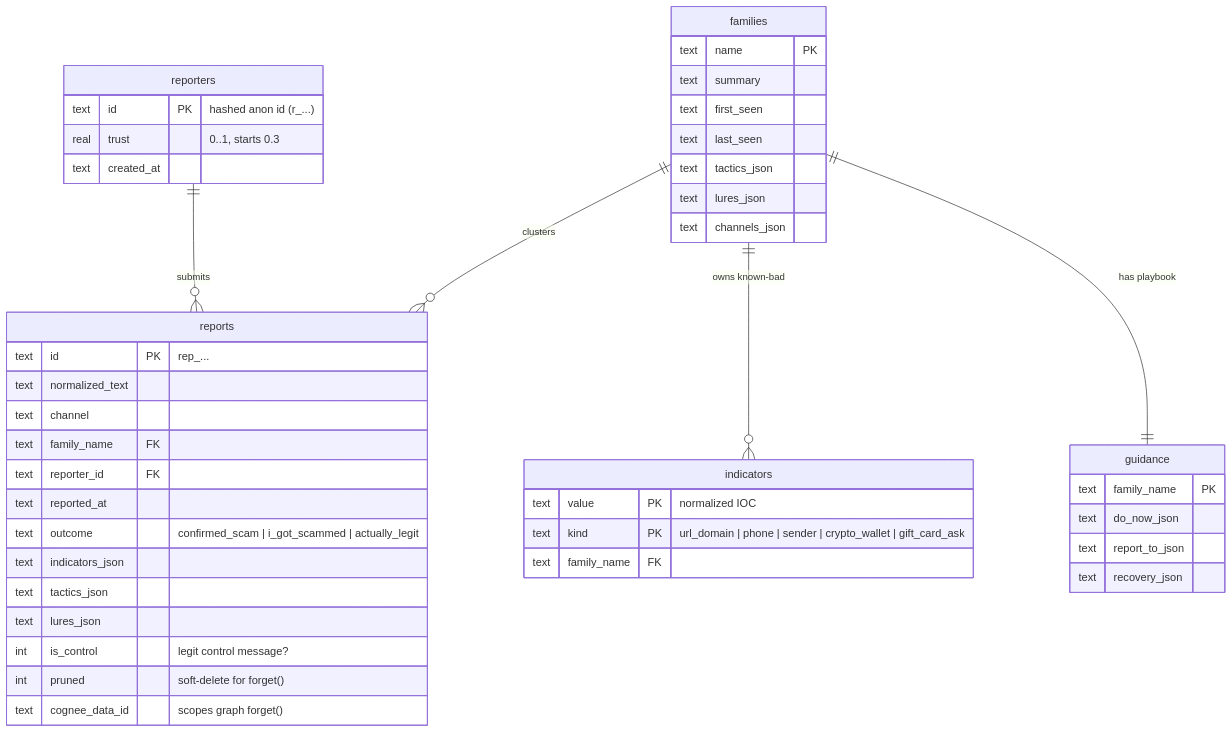
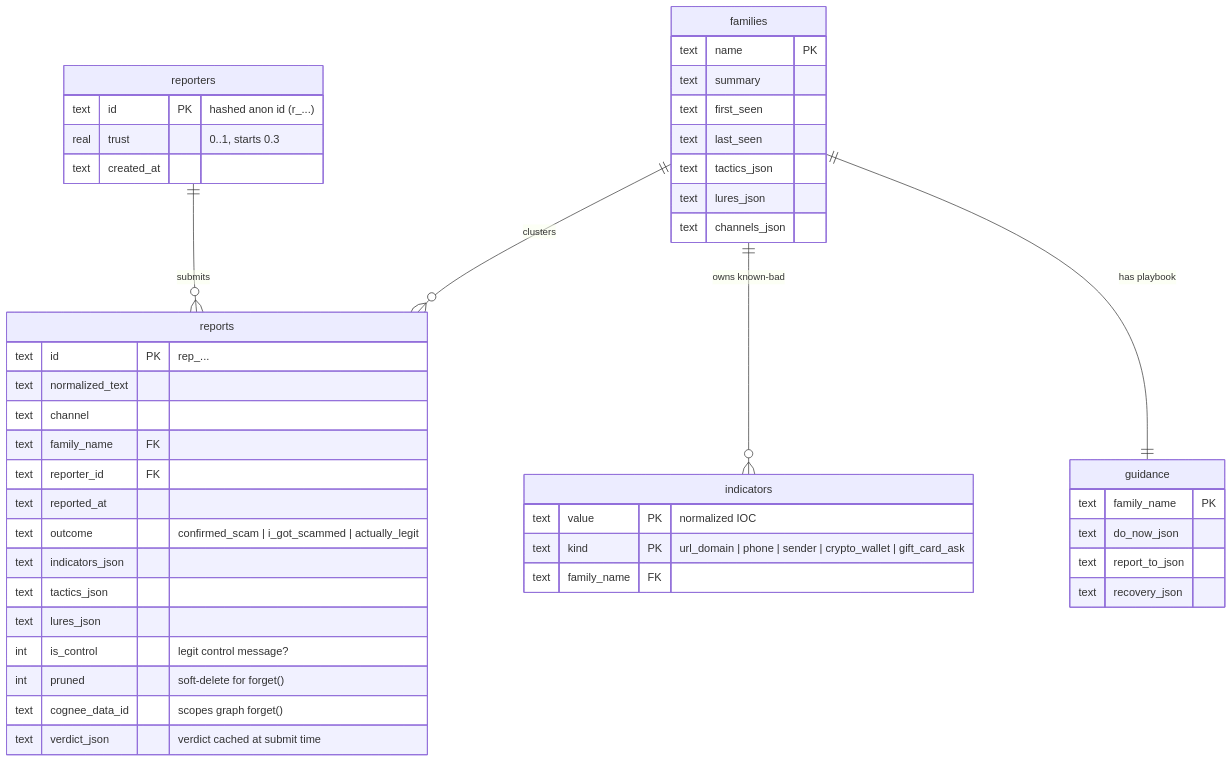
Before and after one commit to aniket-3001/Antibody: the first of 2 diagrams in docs/data-model.md, drawn with Mermaid. The commit also changed other lines of this file and 12 other files, not shown here.

````diff
--- a/docs/data-model.md
+++ b/docs/data-model.md
@@ -14,48 +14,49 @@
 ```mermaid
 erDiagram
     reporters   ||--o{ reports : submits
     families    ||--o{ reports : clusters
     families    ||--o{ indicators : "owns known-bad"
     families    ||--|| guidance : "has playbook"
 
     reporters {
         text id PK "hashed anon id (r_...)"
         real trust "0..1, starts 0.3"
         text created_at
     }
     families {
         text name PK
         text summary
         text first_seen
         text last_seen
         text tactics_json
         text lures_json
         text channels_json
     }
     reports {
         text id PK "rep_..."
         text normalized_text
         text channel
         text family_name FK
         text reporter_id FK
         text reported_at
         text outcome "confirmed_scam | i_got_scammed | actually_legit"
         text indicators_json
         text tactics_json
         text lures_json
         int  is_control "legit control message?"
         int  pruned "soft-delete for forget()"
         text cognee_data_id "scopes graph forget()"
+        text verdict_json "verdict cached at submit time"
     }
     indicators {
         text value PK "normalized IOC"
         text kind PK "url_domain | phone | sender | crypto_wallet | gift_card_ask"
         text family_name FK
     }
     guidance {
         text family_name PK
         text do_now_json
         text report_to_json
         text recovery_json
     }
 ```
````
